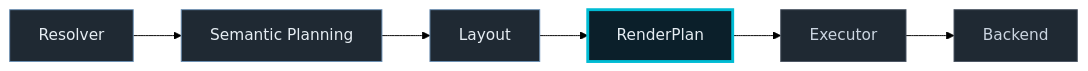
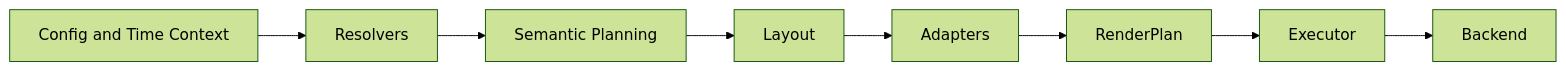
The diagram in README.md (generationtech/libration), drawn with Mermaid (forest theme) before and after one commit. The commit also changed other lines of this file and 33 other files, not shown here.

````diff
--- a/README.md
+++ b/README.md
@@ -39,17 +50,10 @@
 ```mermaid
 flowchart LR
-    R[Resolver] --> S[Semantic Planning]
-    S --> L[Layout]
-    L --> RP[RenderPlan]
-    RP --> E[Executor]
-    E --> B[Backend]
-
-    %% Styling
-    classDef upstream fill:#1f2933,stroke:#6b8fb3,color:#e6edf3;
-    classDef boundary fill:#0b1f2a,stroke:#00bcd4,stroke-width:3px,color:#e6edf3;
-    classDef downstream fill:#1f2933,stroke:#4b5563,color:#cbd5e1;
-
-    class R,S,L upstream;
-    class RP boundary;
-    class E,B downstream;
+    CFG[Config and Time Context] --> RES[Resolvers]
+    RES --> SEM[Semantic Planning]
+    SEM --> LAY[Layout]
+    LAY --> ADA[Adapters]
+    ADA --> RP[RenderPlan]
+    RP --> EX[Executor]
+    EX --> BE[Backend]
 ```
````
